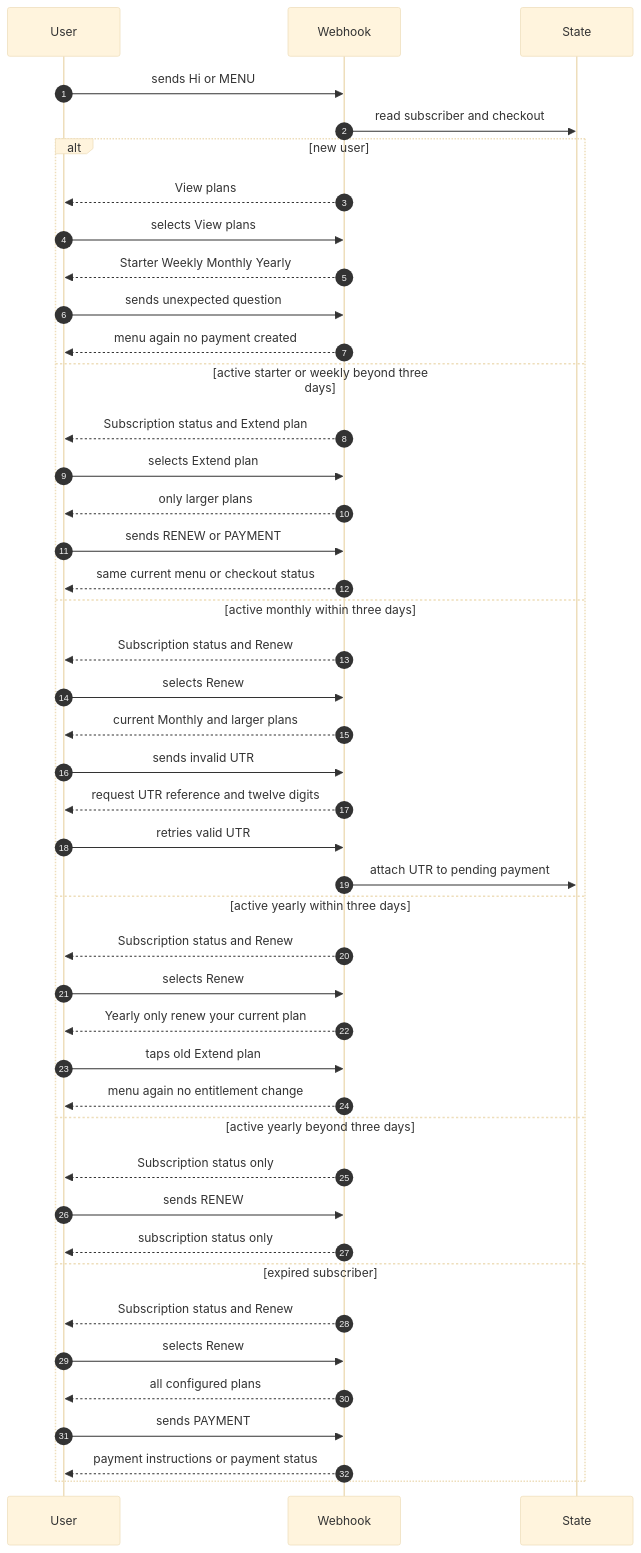
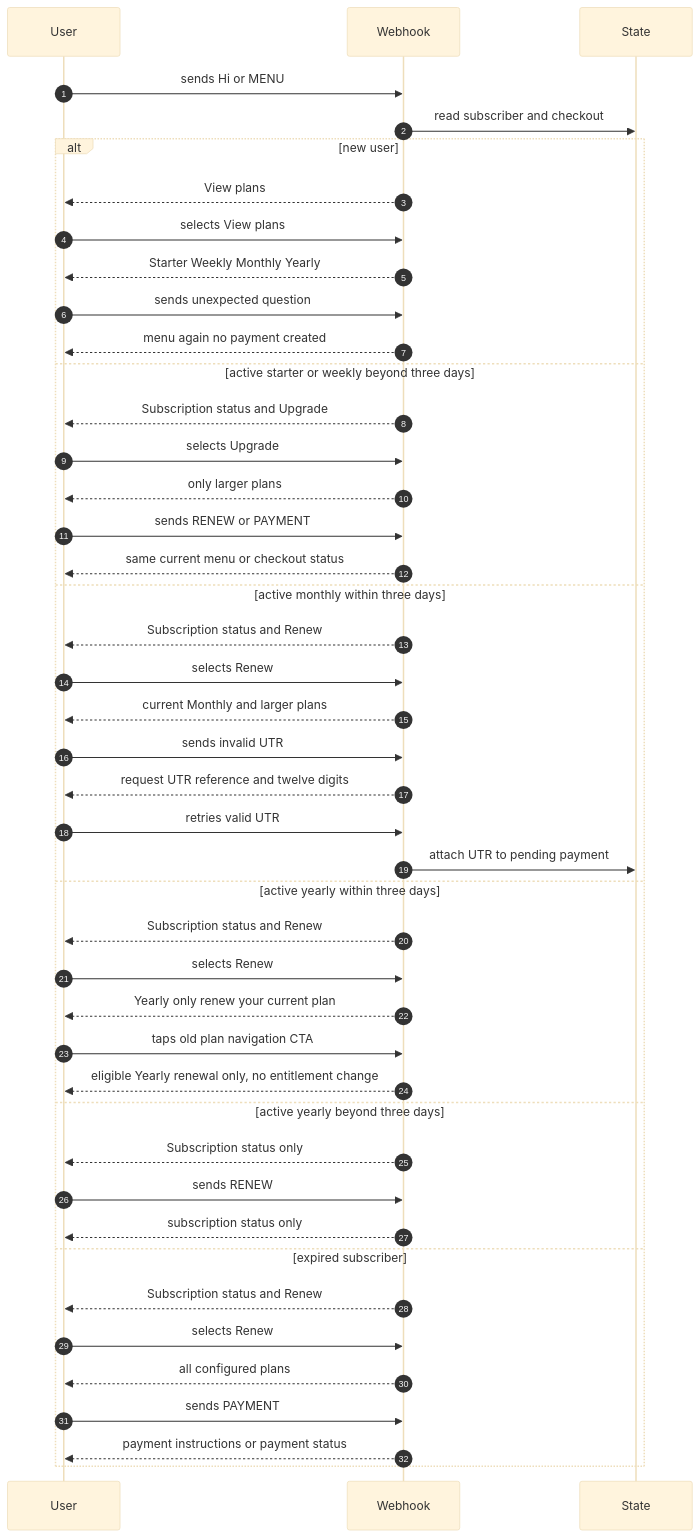
One commit to mishnit/daily-darshan changed the seventh of 12 diagrams in sequence-diagrams.md. Above: the diagram before and after it, drawn with Mermaid (base theme). The commit also changed other lines of this file and 8 other files, not shown here.

Commit message:
fix: restrict same-plan renewal to final three days

````diff
--- a/sequence-diagrams.md
+++ b/sequence-diagrams.md
@@ -333,47 +335,47 @@
 ```mermaid
 sequenceDiagram
     autonumber
     participant User
     participant Webhook
     participant State
 
     User->>Webhook: sends Hi or MENU
     Webhook->>State: read subscriber and checkout
     alt new user
         Webhook-->>User: View plans
         User->>Webhook: selects View plans
         Webhook-->>User: Starter Weekly Monthly Yearly
         User->>Webhook: sends unexpected question
         Webhook-->>User: menu again no payment created
     else active starter or weekly beyond three days
-        Webhook-->>User: Subscription status and Extend plan
-        User->>Webhook: selects Extend plan
+        Webhook-->>User: Subscription status and Upgrade
+        User->>Webhook: selects Upgrade
         Webhook-->>User: only larger plans
         User->>Webhook: sends RENEW or PAYMENT
         Webhook-->>User: same current menu or checkout status
     else active monthly within three days
         Webhook-->>User: Subscription status and Renew
         User->>Webhook: selects Renew
         Webhook-->>User: current Monthly and larger plans
         User->>Webhook: sends invalid UTR
         Webhook-->>User: request UTR reference and twelve digits
         User->>Webhook: retries valid UTR
         Webhook->>State: attach UTR to pending payment
     else active yearly within three days
         Webhook-->>User: Subscription status and Renew
         User->>Webhook: selects Renew
         Webhook-->>User: Yearly only renew your current plan
-        User->>Webhook: taps old Extend plan
-        Webhook-->>User: menu again no entitlement change
+        User->>Webhook: taps old plan navigation CTA
+        Webhook-->>User: eligible Yearly renewal only, no entitlement change
     else active yearly beyond three days
         Webhook-->>User: Subscription status only
         User->>Webhook: sends RENEW
         Webhook-->>User: subscription status only
     else expired subscriber
         Webhook-->>User: Subscription status and Renew
         User->>Webhook: selects Renew
         Webhook-->>User: all configured plans
         User->>Webhook: sends PAYMENT
         Webhook-->>User: payment instructions or payment status
     end
 ```
````
